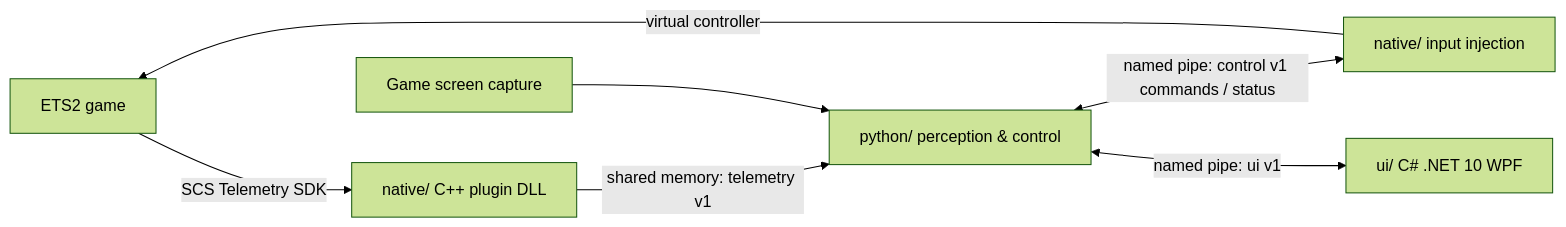
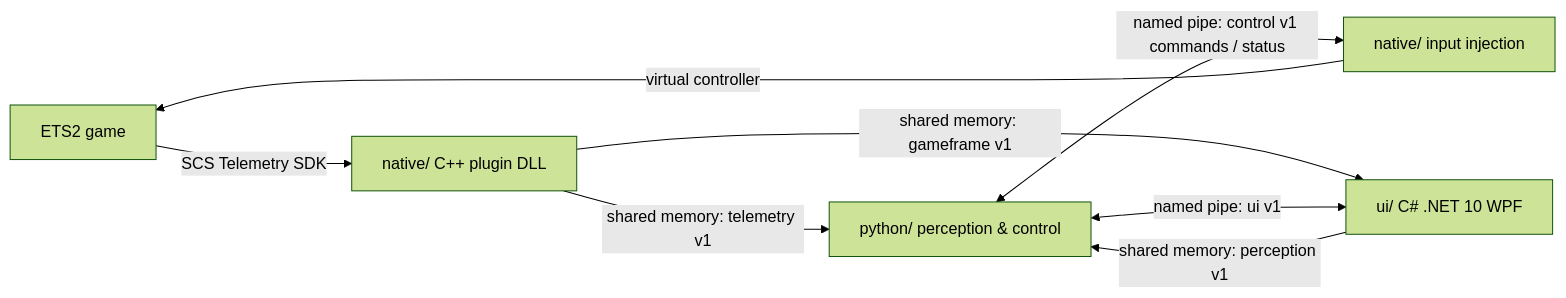
One commit to SpaceSquare640/Euro_Truck_Simulator_2_Auto_Pilot changed the diagram in docs/ARCHITECTURE.md. Above: the diagram before and after it, drawn with Mermaid (forest theme). The commit also changed other lines of this file and 50 other files, not shown here.

Commit message:
feat: add perception capture and supervised driver assist

````diff
--- a/docs/ARCHITECTURE.md
+++ b/docs/ARCHITECTURE.md
@@ -7,9 +7,10 @@
 ```mermaid
 flowchart LR
     ETS2[ETS2 game] -->|SCS Telemetry SDK| Plugin[native/ C++ plugin DLL]
     Plugin -->|shared memory: telemetry v1| Core[python/ perception & control]
-    Screen[Game screen capture] --> Core
+    Plugin -->|shared memory: gameframe v1| UI[ui/ C# .NET 10 WPF]
+    UI -->|shared memory: perception v1| Core
     Core <-->|named pipe: control v1 commands / status| Input[native/ input injection]
     Input -->|virtual controller| ETS2
-    Core <-->|named pipe: ui v1| UI[ui/ C# .NET 10 WPF]
+    Core <-->|named pipe: ui v1| UI
 ```
````
